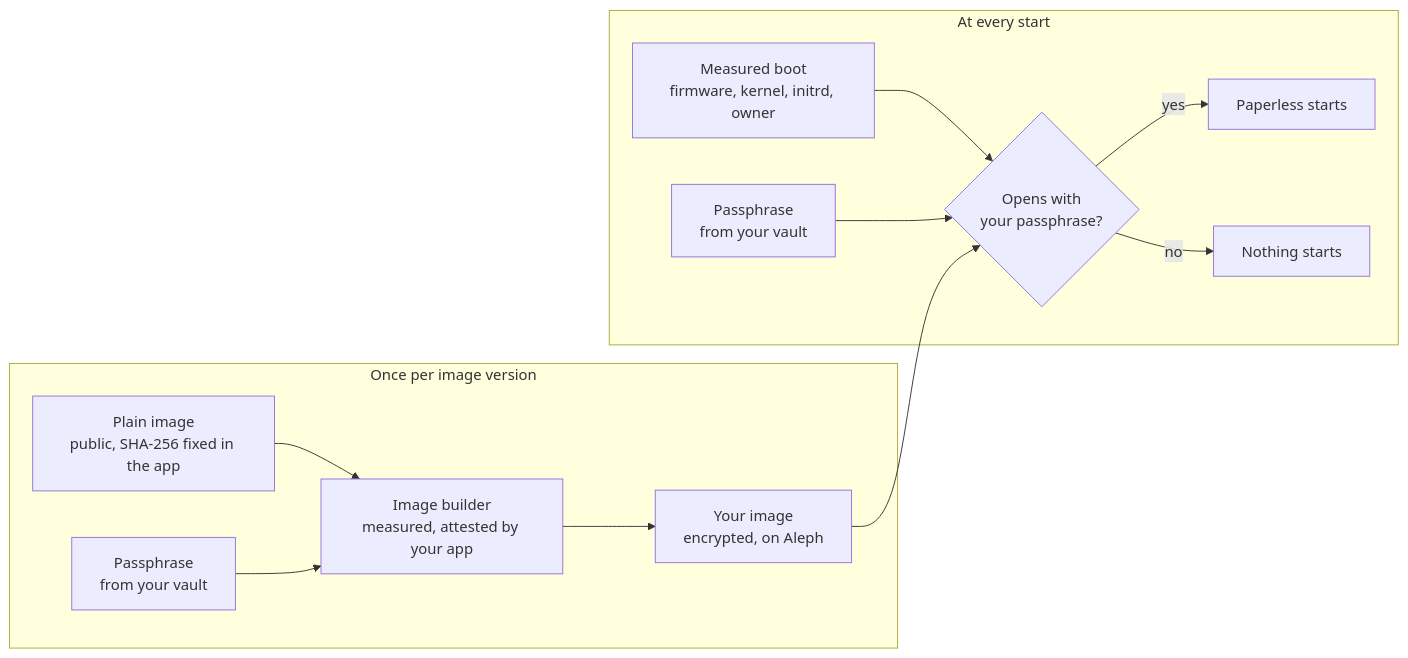
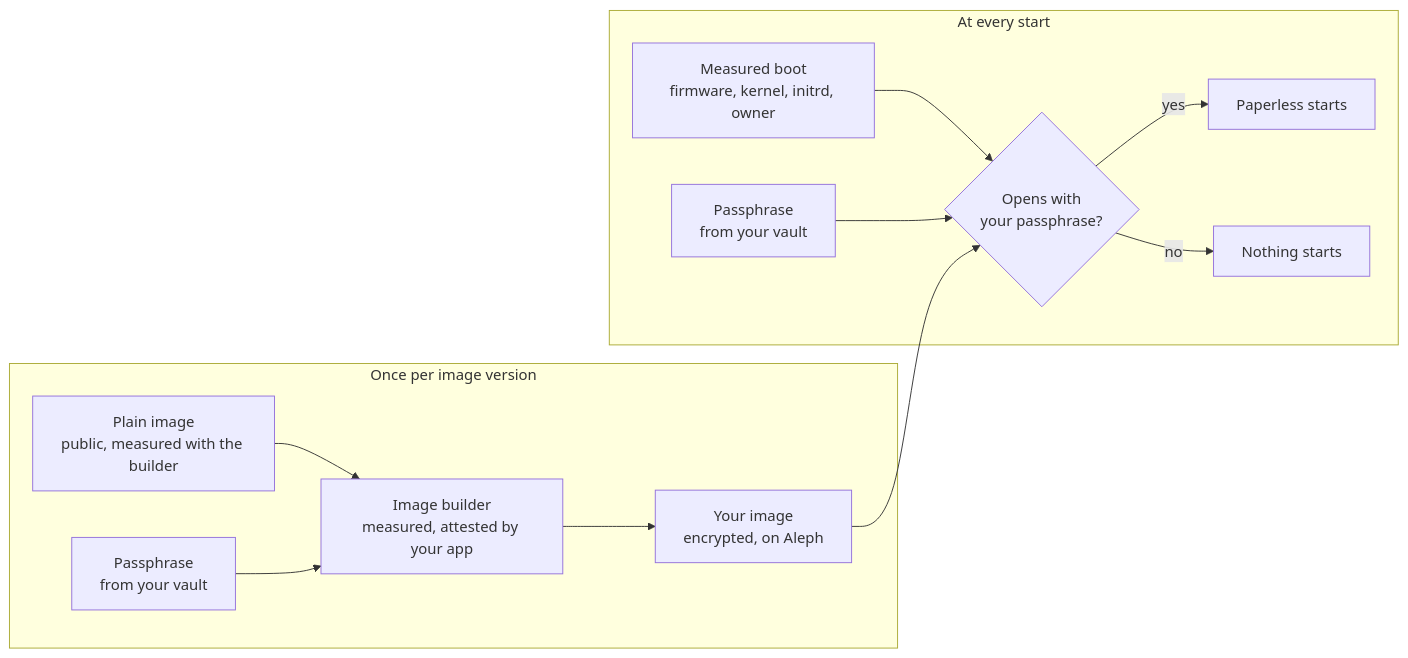
The second of 2 diagrams in docs/own-image.md (Le-Space/paperless-anywhere), drawn with Mermaid before and after one commit. The commit also changed other lines of this file and 8 other files, not shown here.

First line of the commit message:
feat: the plain image on a verified volume, the sealed image fetched by the app

````diff
--- a/docs/own-image.md
+++ b/docs/own-image.md
@@ -57,15 +84,15 @@
 ```mermaid
 flowchart LR
     subgraph build["Once per image version"]
-        P["Plain image<br/>public, SHA-256 fixed in the app"] --> B["Image builder<br/>measured, attested by your app"]
+        P["Plain image<br/>public, measured with the builder"] --> B["Image builder<br/>measured, attested by your app"]
         K["Passphrase<br/>from your vault"] --> B
         B --> I["Your image<br/>encrypted, on Aleph"]
     end
     subgraph start["At every start"]
         M["Measured boot<br/>firmware, kernel, initrd, owner"] --> O{"Opens with<br/>your passphrase?"}
         K2["Passphrase<br/>from your vault"] --> O
         I --> O
         O -- yes --> R["Paperless starts"]
         O -- no --> X["Nothing starts"]
     end
 ```
````
